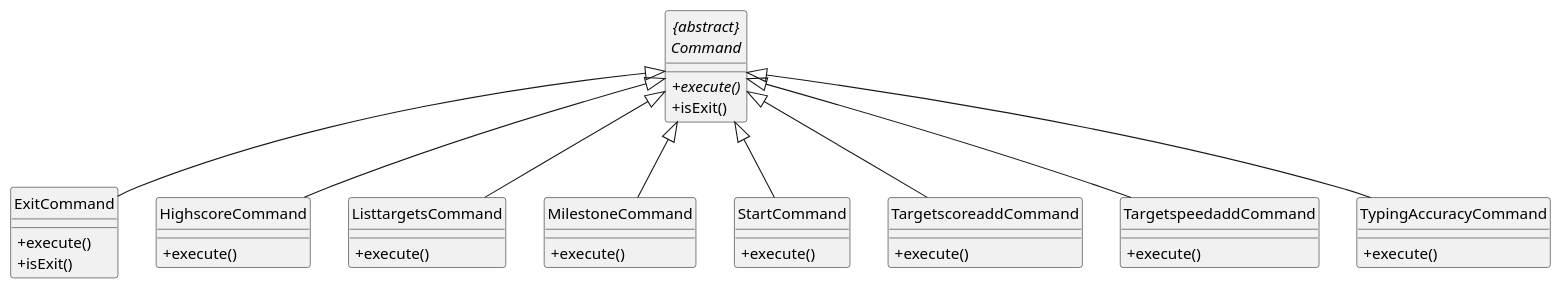
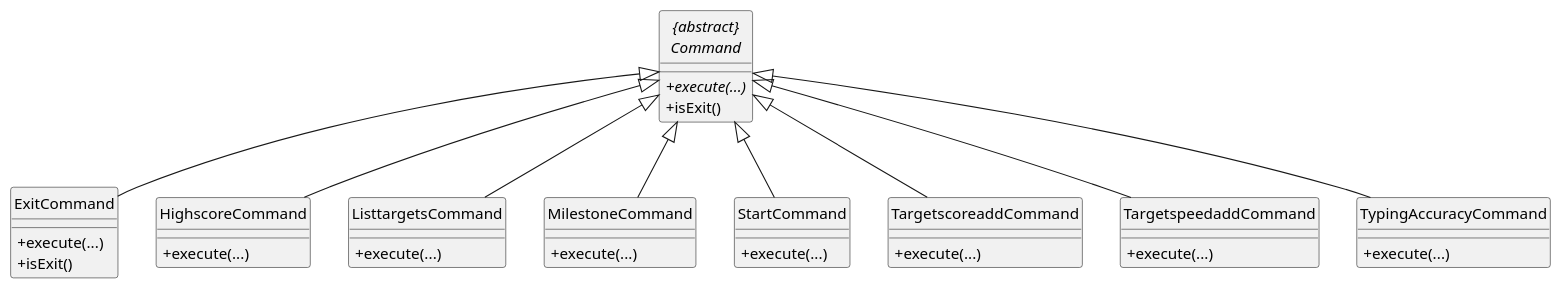
The diagram in docs/diagrams/CommandClassDiagram.puml (AY2425S2-CS2113-F13-2/tp), drawn with PlantUML before and after one commit. The commit also changed 6 other files, not shown here.

```diff
--- a/docs/diagrams/CommandClassDiagram.puml
+++ b/docs/diagrams/CommandClassDiagram.puml
@@ -1,46 +1,46 @@
 @startuml
 
 hide circle
 skinparam classAttributeIconSize 0
 
 abstract "{abstract}\nCommand" {
 
-    {abstract} +execute()
+    {abstract} +execute(...)
     +isExit()
     }
 
     class ExitCommand {
-    +execute()
+    +execute(...)
     +isExit()
     }
     class HighscoreCommand {
-    +execute()
+    +execute(...)
     }
     class ListtargetsCommand {
-    +execute()
+    +execute(...)
     }
     class MilestoneCommand {
-    +execute()
+    +execute(...)
     }
     class StartCommand {
-    +execute()
+    +execute(...)
     }
     class TargetscoreaddCommand {
-    +execute()
+    +execute(...)
     }
     class TargetspeedaddCommand {
-    +execute()
+    +execute(...)
     }
     class TypingAccuracyCommand {
-    +execute()
+    +execute(...)
     }
 
     "{abstract}\nCommand" <|-- ExitCommand
     "{abstract}\nCommand" <|-- HighscoreCommand
     "{abstract}\nCommand" <|-- ListtargetsCommand
     "{abstract}\nCommand" <|-- MilestoneCommand
     "{abstract}\nCommand" <|-- StartCommand
     "{abstract}\nCommand" <|-- TargetscoreaddCommand
     "{abstract}\nCommand" <|-- TargetspeedaddCommand
     "{abstract}\nCommand" <|-- TypingAccuracyCommand
 @enduml
```
